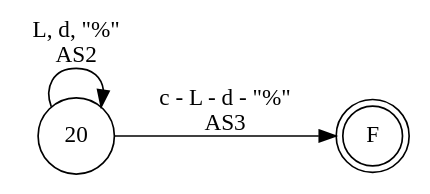
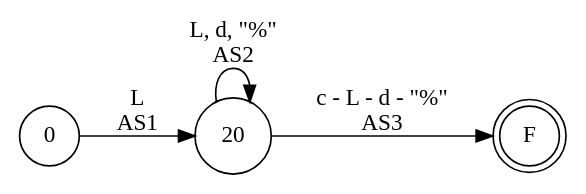
The diagram in resources/FA/FADiagrams/identifier.dot (iroumec/RouVel-Compiler), drawn with Graphviz before and after one commit. The commit also changed 10 other files, not shown here.

```diff
--- a/resources/FA/FADiagrams/identifier.dot
+++ b/resources/FA/FADiagrams/identifier.dot
@@ -1,8 +1,9 @@
 digraph DFA {
     rankdir = LR;
     node [shape = circle;];
     F [shape = doublecircle;];
     
+    0 -> 20 [label = "L \n AS1";];
     20 -> 20 [label = "L, d, \"%\" \nAS2";];
     20 -> F [label = "c - L - d - \"%\" \n AS3";];
 }
```
